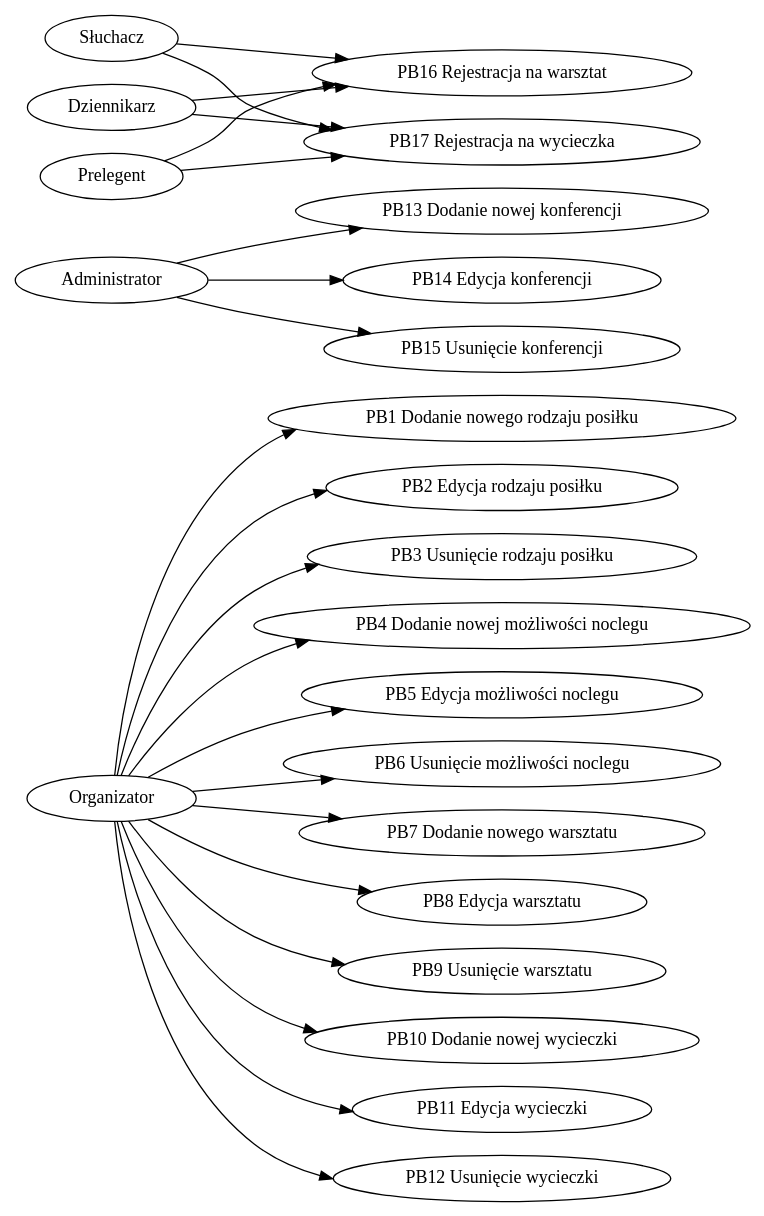
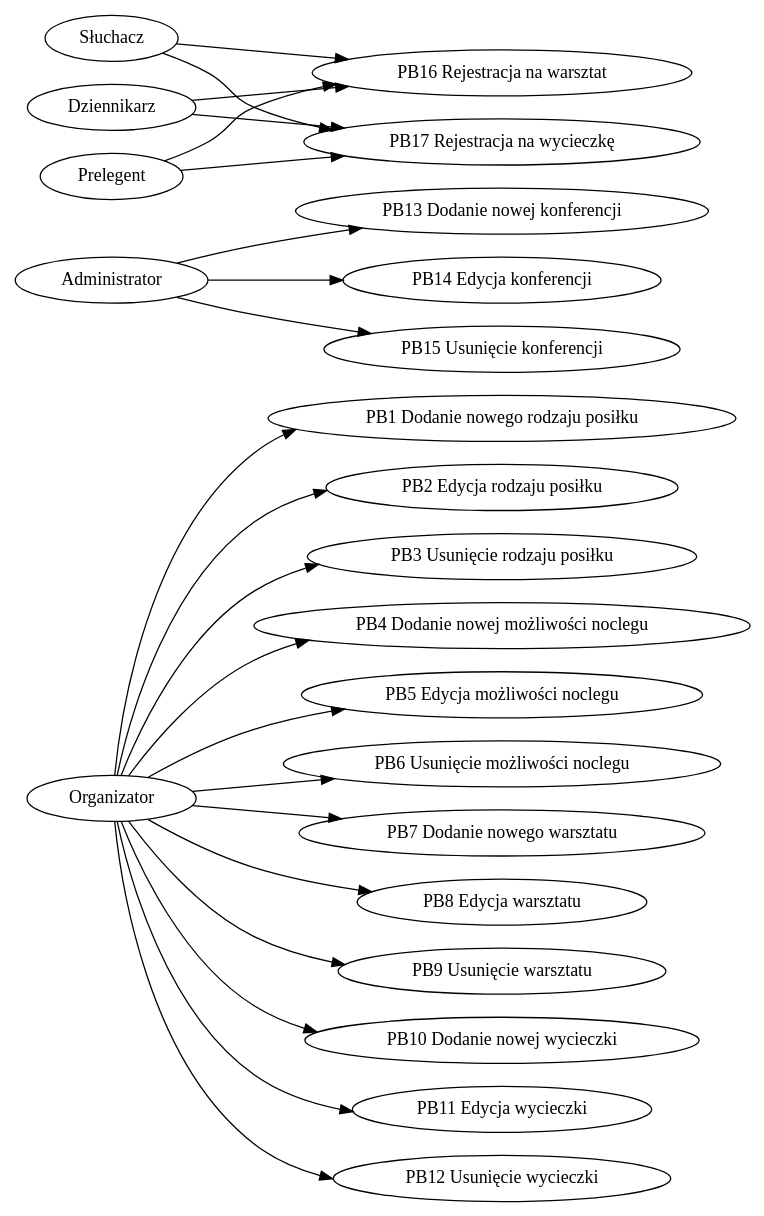
Before and after one commit to zyla/iop_konferencja: the diagram in przypadki.dot, drawn with Graphviz. The commit also changed 4 other files, not shown here.

```diff
--- a/przypadki.dot
+++ b/przypadki.dot
@@ -1,22 +1,22 @@
 digraph { rankdir=LR; "Organizator" -> "PB1 Dodanie nowego rodzaju posiłku"
 "Organizator" -> "PB2 Edycja rodzaju posiłku"
 "Organizator" -> "PB3 Usunięcie rodzaju posiłku"
 "Organizator" -> "PB4 Dodanie nowej możliwości noclegu"
 "Organizator" -> "PB5 Edycja możliwości noclegu"
 "Organizator" -> "PB6 Usunięcie możliwości noclegu"
 "Organizator" -> "PB7 Dodanie nowego warsztatu"
 "Organizator" -> "PB8 Edycja warsztatu"
 "Organizator" -> "PB9 Usunięcie warsztatu"
 "Organizator" -> "PB10 Dodanie nowej wycieczki"
 "Organizator" -> "PB11 Edycja wycieczki"
 "Organizator" -> "PB12 Usunięcie wycieczki"
 "Administrator" -> "PB13 Dodanie nowej konferencji"
 "Administrator" -> "PB14 Edycja konferencji"
 "Administrator" -> "PB15 Usunięcie konferencji"
 "Słuchacz" -> "PB16 Rejestracja na warsztat"
 "Dziennikarz" -> "PB16 Rejestracja na warsztat"
 "Prelegent" -> "PB16 Rejestracja na warsztat"
-"Słuchacz" -> "PB17 Rejestracja na wycieczka"
-"Dziennikarz" -> "PB17 Rejestracja na wycieczka"
-"Prelegent" -> "PB17 Rejestracja na wycieczka"
+"Słuchacz" -> "PB17 Rejestracja na wycieczkę"
+"Dziennikarz" -> "PB17 Rejestracja na wycieczkę"
+"Prelegent" -> "PB17 Rejestracja na wycieczkę"
  }
```
